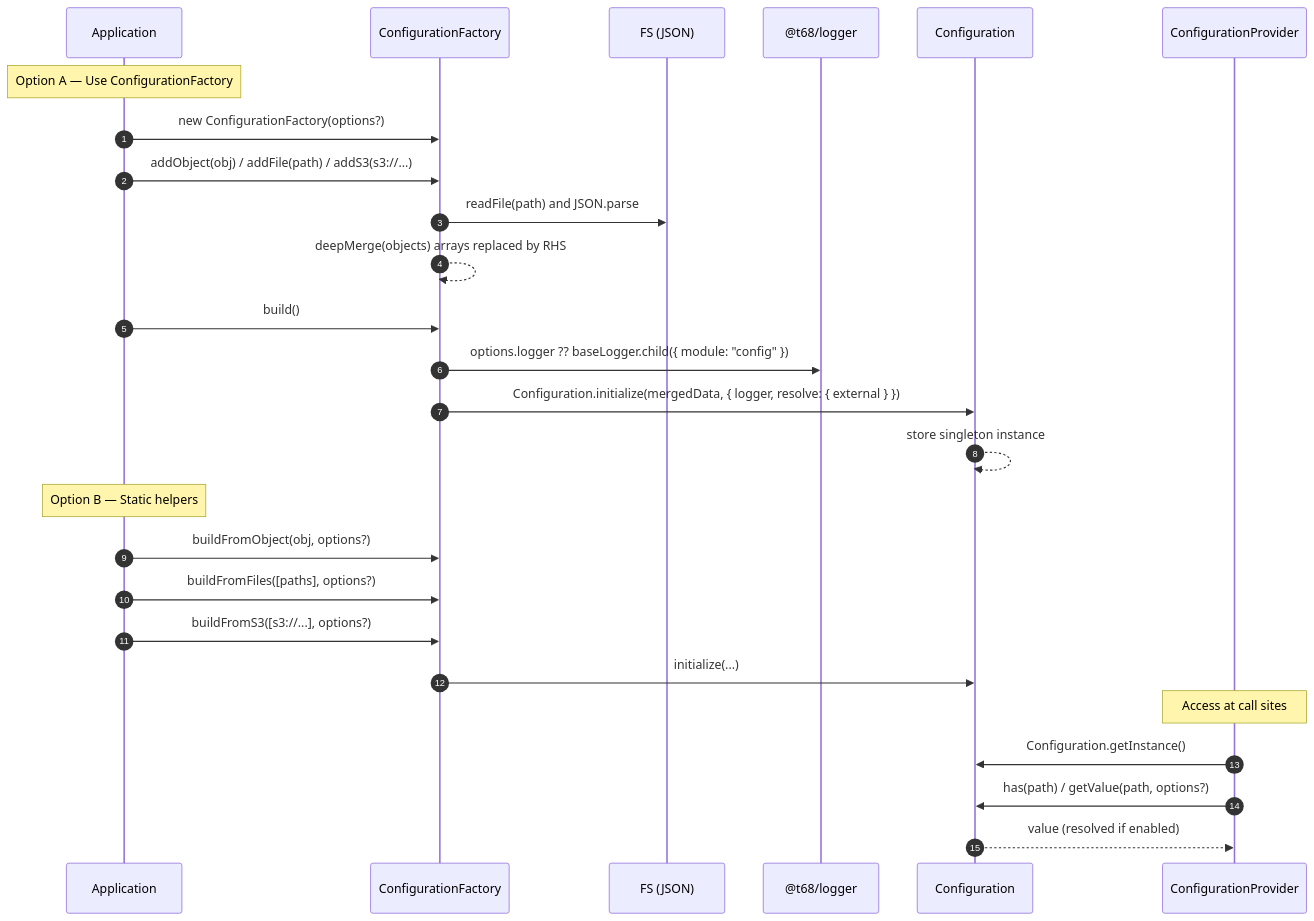
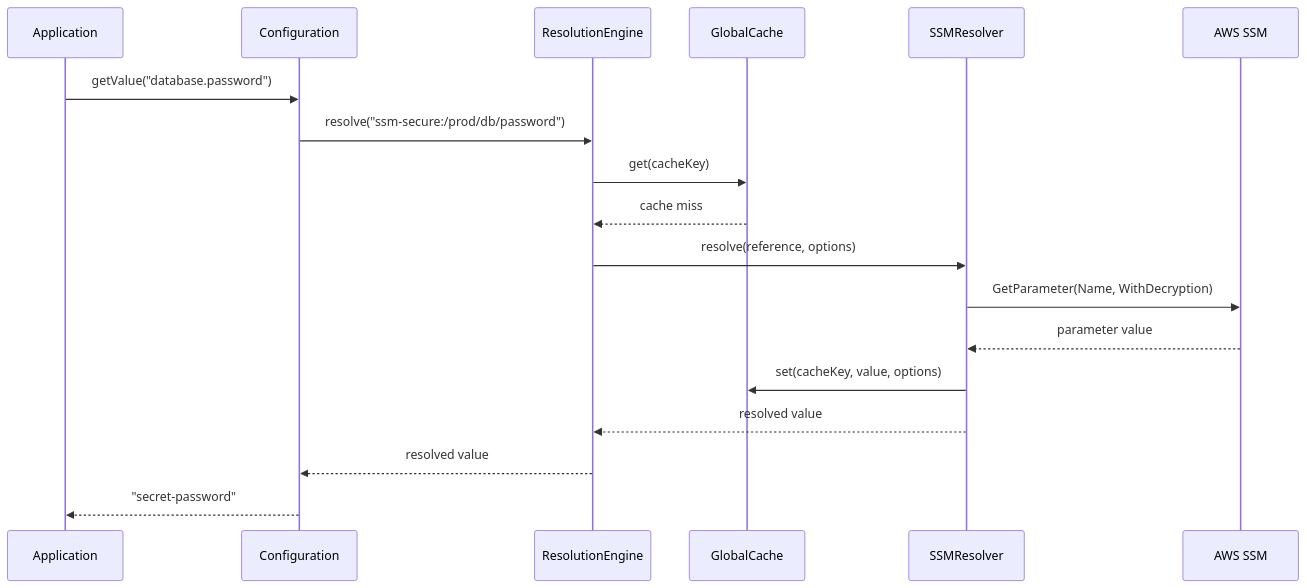
The second of 2 diagrams in packages/config/README.md (fabianopinto/ts-common), drawn with Mermaid before and after one commit. The commit also changed other lines of this file and 3 other files, not shown here.

Commit message:
docs: update README and add architecture docs for config package

````diff
--- a/packages/config/README.md
+++ b/packages/config/README.md
@@ -287,31 +405,21 @@
 ```mermaid
 sequenceDiagram
-  autonumber
-  participant App as Application
-  participant Factory as ConfigurationFactory
-  participant FS as FS (JSON)
-  participant Logger as @t68/logger
-  participant Config as Configuration
-  participant Provider as ConfigurationProvider
+    participant App as Application
+    participant Config as Configuration
+    participant Engine as ResolutionEngine
+    participant Cache as GlobalCache
+    participant Resolver as SSMResolver
+    participant AWS as AWS SSM
 
-  Note over App: Option A — Use ConfigurationFactory
-  App->>Factory: new ConfigurationFactory(options?)
-  App->>Factory: addObject(obj) / addFile(path) / addS3(s3://...)
-  Factory->>FS: readFile(path) and JSON.parse
-  Factory-->>Factory: deepMerge(objects) arrays replaced by RHS
-  App->>Factory: build()
-  Factory->>Logger: options.logger ?? baseLogger.child({ module: "config" })
-  Factory->>Config: Configuration.initialize(mergedData, { logger, resolve: { external } })
-  Config-->>Config: store singleton instance
-
-  Note over App: Option B — Static helpers
-  App->>Factory: buildFromObject(obj, options?)
-  App->>Factory: buildFromFiles([paths], options?)
-  App->>Factory: buildFromS3([s3://...], options?)
-  Factory->>Config: initialize(...)
-
-  Note over Provider: Access at call sites
-  Provider->>Config: Configuration.getInstance()
-  Provider->>Config: has(path) / getValue(path, options?)
-  Config-->>Provider: value (resolved if enabled)
+    App->>Config: getValue("database.password")
+    Config->>Engine: resolve("ssm-secure:/prod/db/password")
+    Engine->>Cache: get(cacheKey)
+    Cache-->>Engine: cache miss
+    Engine->>Resolver: resolve(reference, options)
+    Resolver->>AWS: GetParameter(Name, WithDecryption)
+    AWS-->>Resolver: parameter value
+    Resolver->>Cache: set(cacheKey, value, options)
+    Resolver-->>Engine: resolved value
+    Engine-->>Config: resolved value
+    Config-->>App: "secret-password"
 ```
````
